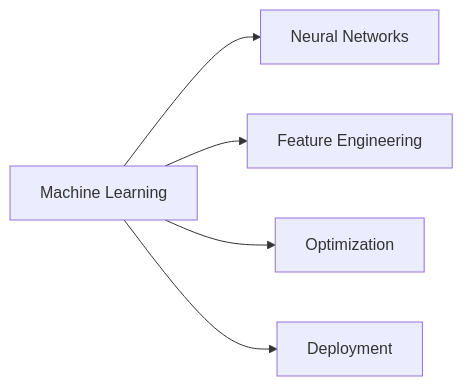
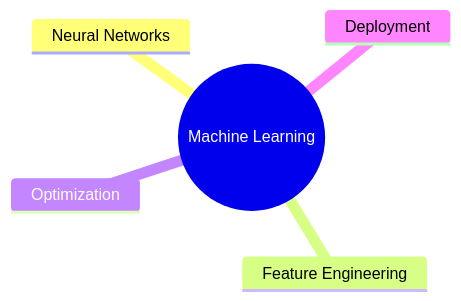
The diagram in README.md (ThaGeekiestOne/ThaGeekiestOne), drawn with Mermaid before and after one commit. The commit also changed other lines of this file, not shown here.

Commit message:
Change flowchart to mindmap for focus areas
Updated flowchart to a mindmap format in README.

````diff
--- a/README.md
+++ b/README.md
@@ -31,7 +31,8 @@
 ```mermaid
-flowchart LR
-A[Machine Learning] --> B[Neural Networks]
-A --> C[Feature Engineering]
-A --> D[Optimization]
-A --> E[Deployment]
+mindmap
+  root((Machine Learning))
+    Neural Networks
+    Feature Engineering
+    Optimization
+    Deployment
 ```
````
